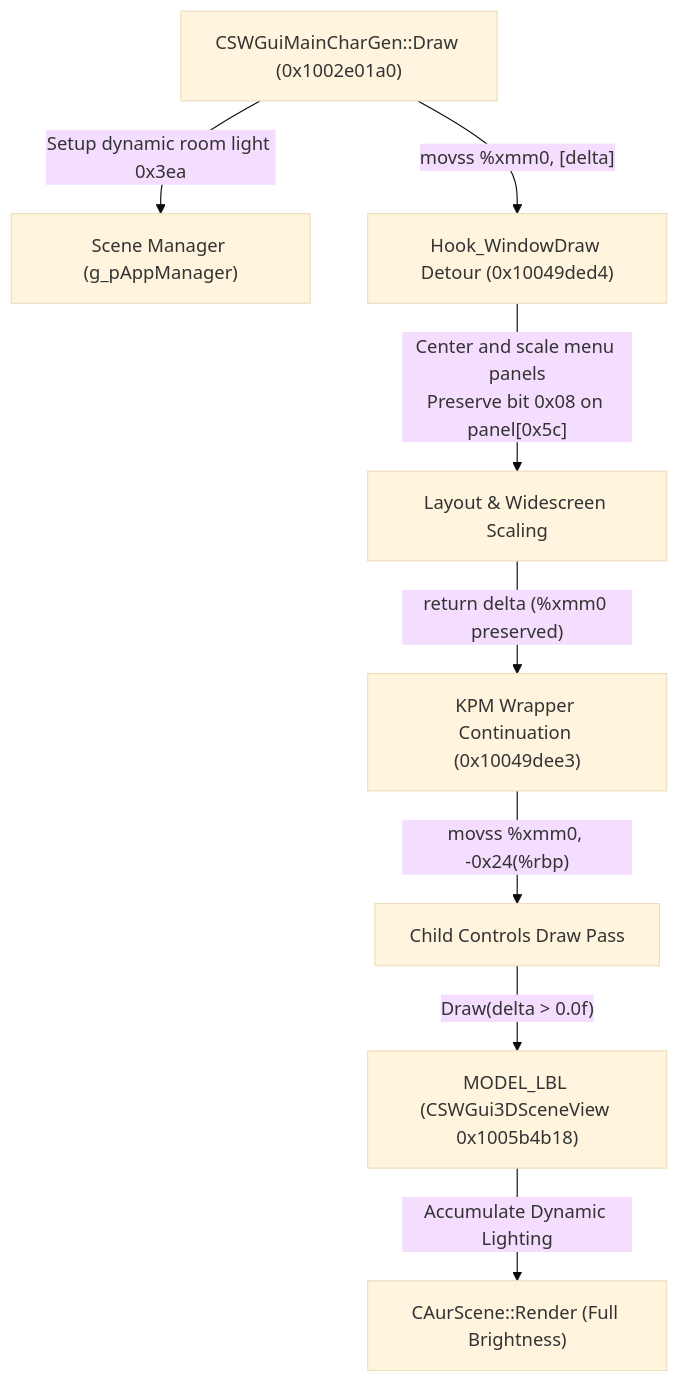
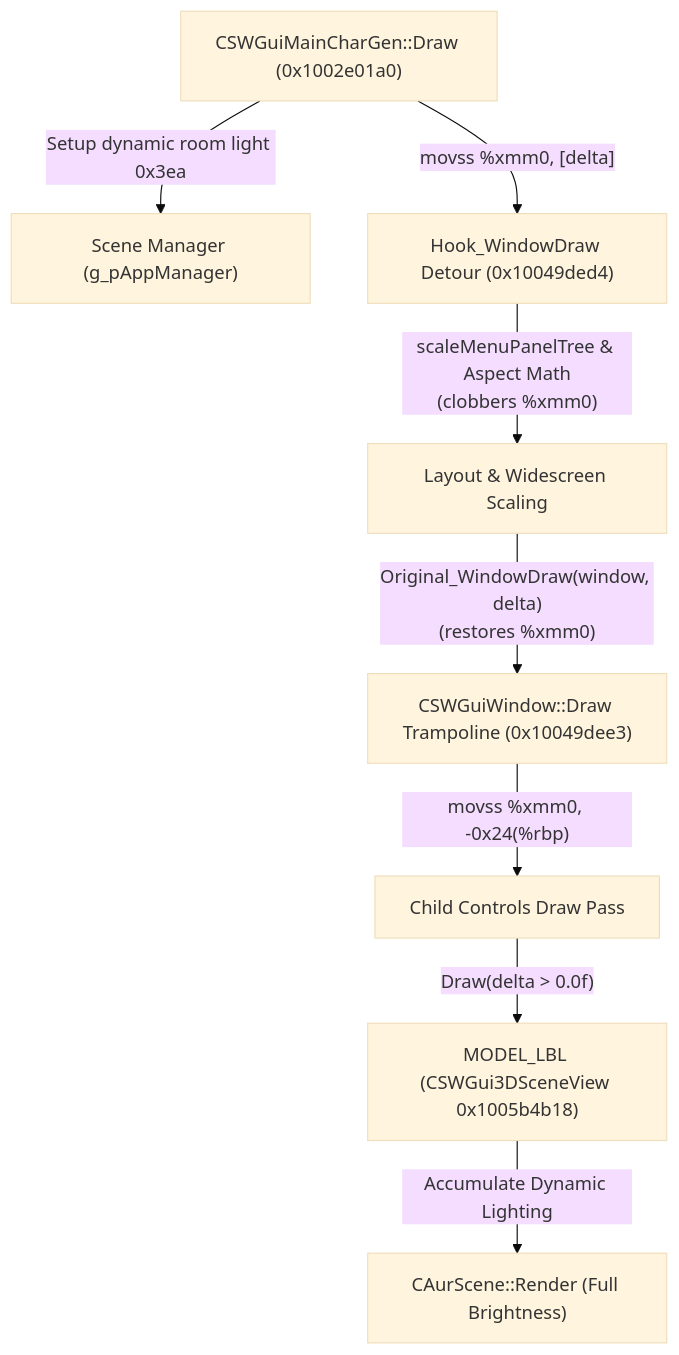
Before and after one commit to LaneDibello/Kotor-Patch-Manager: the second of 2 diagrams in Patches/K1WidescreenPatch/README.md, drawn with Mermaid (base theme). The commit also changed other lines of this file and 2 other files, not shown here.

First line of the commit message:
Patch update/k1 widescreen patch (#296)

````diff
--- a/Patches/K1WidescreenPatch/README.md
+++ b/Patches/K1WidescreenPatch/README.md
@@ -724,10 +710,10 @@
 ```mermaid
 flowchart TD
     A["CSWGuiMainCharGen::Draw (0x1002e01a0)"] -->|"Setup dynamic room light 0x3ea"| B["Scene Manager (g_pAppManager)"]
     A -->|"movss %xmm0, [delta]"| C["Hook_WindowDraw Detour (0x10049ded4)"]
-    C -->|"Center and scale menu panels<br/>Preserve bit 0x08 on panel[0x5c]"| D["Layout & Widescreen Scaling"]
-    D -->|"return delta (%xmm0 preserved)"| E["KPM Wrapper Continuation (0x10049dee3)"]
+    C -->|"scaleMenuPanelTree & Aspect Math<br/>(clobbers %xmm0)"| D["Layout & Widescreen Scaling"]
+    D -->|"Original_WindowDraw(window, delta)<br/>(restores %xmm0)"| E["CSWGuiWindow::Draw Trampoline (0x10049dee3)"]
     E -->|"movss %xmm0, -0x24(%rbp)"| F["Child Controls Draw Pass"]
     F -->|"Draw(delta > 0.0f)"| G["MODEL_LBL (CSWGui3DSceneView 0x1005b4b18)"]
     G -->|"Accumulate Dynamic Lighting"| H["CAurScene::Render (Full Brightness)"]
 ```
````
